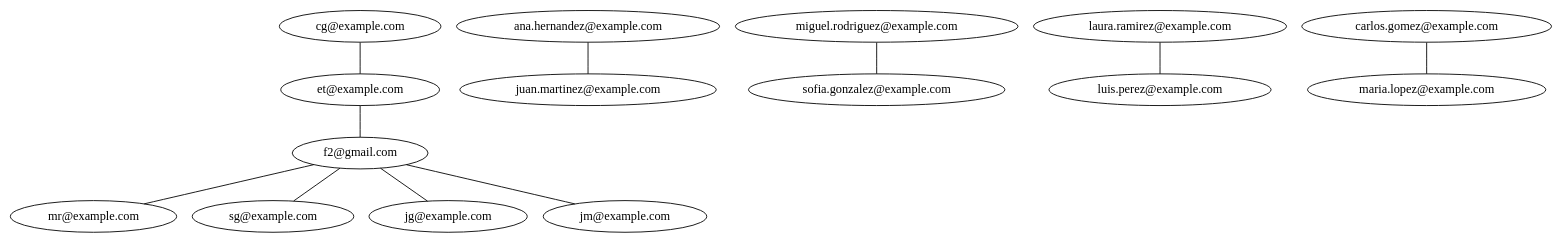
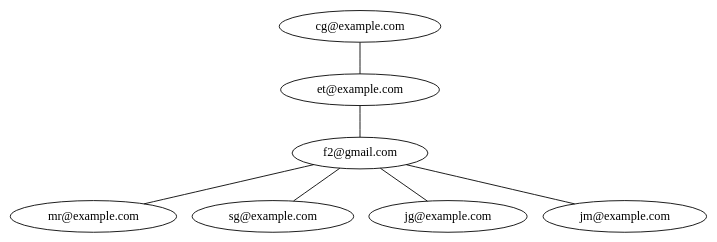
One commit to Kevin-alvarez1/PROYECTO_MULTIFASES_RED_SOCIAL changed the diagram in Fase3/main/build/Desktop_Qt_6_7_2_MinGW_64_bit-Debug/grafo.dot. Above: the diagram before and after it, drawn with Graphviz. The commit also changed 45 other files, not shown here.

```diff
--- a/Fase3/main/build/Desktop_Qt_6_7_2_MinGW_64_bit-Debug/grafo.dot
+++ b/Fase3/main/build/Desktop_Qt_6_7_2_MinGW_64_bit-Debug/grafo.dot
@@ -1,27 +1,15 @@
 digraph G {
 "f2@gmail.com"[label="f2@gmail.com"];
 "f2@gmail.com" -> "mr@example.com"[dir=none];
 "f2@gmail.com" -> "sg@example.com"[dir=none];
 "f2@gmail.com" -> "jg@example.com"[dir=none];
 "f2@gmail.com" -> "jm@example.com"[dir=none];
 "mr@example.com"[label="mr@example.com"];
 "sg@example.com"[label="sg@example.com"];
 "jg@example.com"[label="jg@example.com"];
 "jm@example.com"[label="jm@example.com"];
 "et@example.com"[label="et@example.com"];
 "et@example.com" -> "f2@gmail.com"[dir=none];
 "cg@example.com"[label="cg@example.com"];
 "cg@example.com" -> "et@example.com"[dir=none];
-"ana.hernandez@example.com"[label="ana.hernandez@example.com"];
-"ana.hernandez@example.com" -> "juan.martinez@example.com"[dir=none];
-"juan.martinez@example.com"[label="juan.martinez@example.com"];
-"miguel.rodriguez@example.com"[label="miguel.rodriguez@example.com"];
-"miguel.rodriguez@example.com" -> "sofia.gonzalez@example.com"[dir=none];
-"sofia.gonzalez@example.com"[label="sofia.gonzalez@example.com"];
-"luis.perez@example.com"[label="luis.perez@example.com"];
-"laura.ramirez@example.com"[label="laura.ramirez@example.com"];
-"laura.ramirez@example.com" -> "luis.perez@example.com"[dir=none];
-"carlos.gomez@example.com"[label="carlos.gomez@example.com"];
-"carlos.gomez@example.com" -> "maria.lopez@example.com"[dir=none];
-"maria.lopez@example.com"[label="maria.lopez@example.com"];
 }
```
